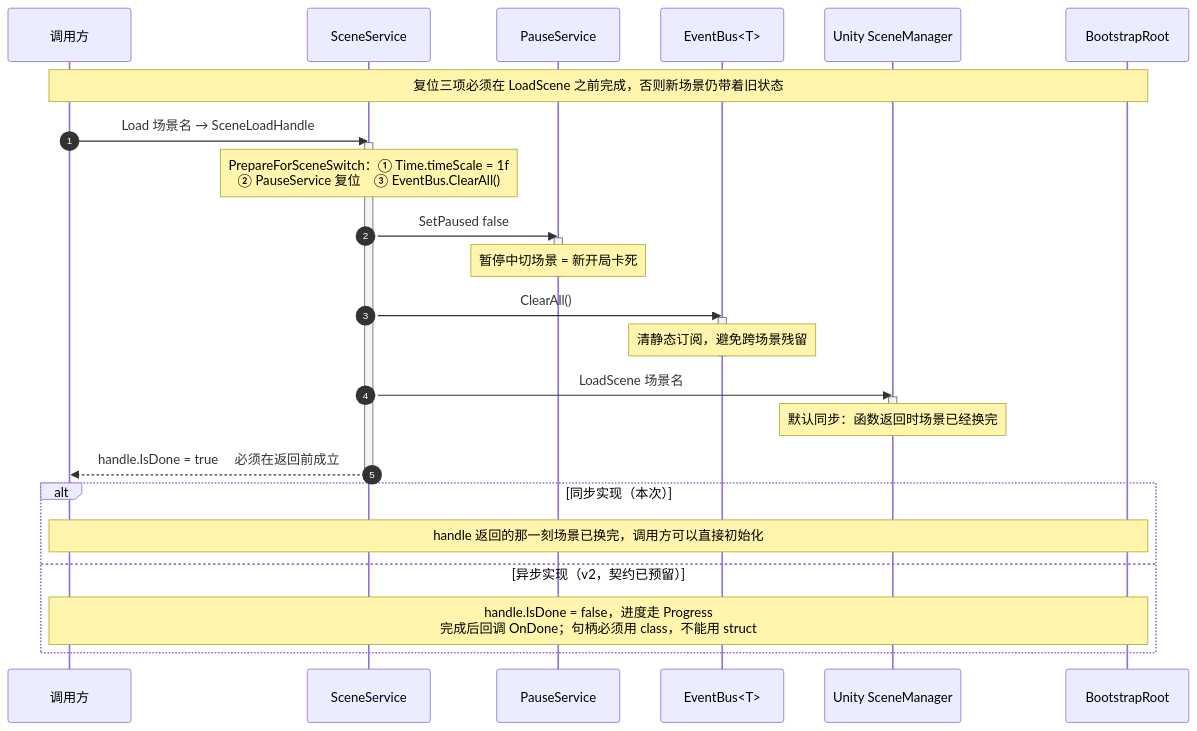
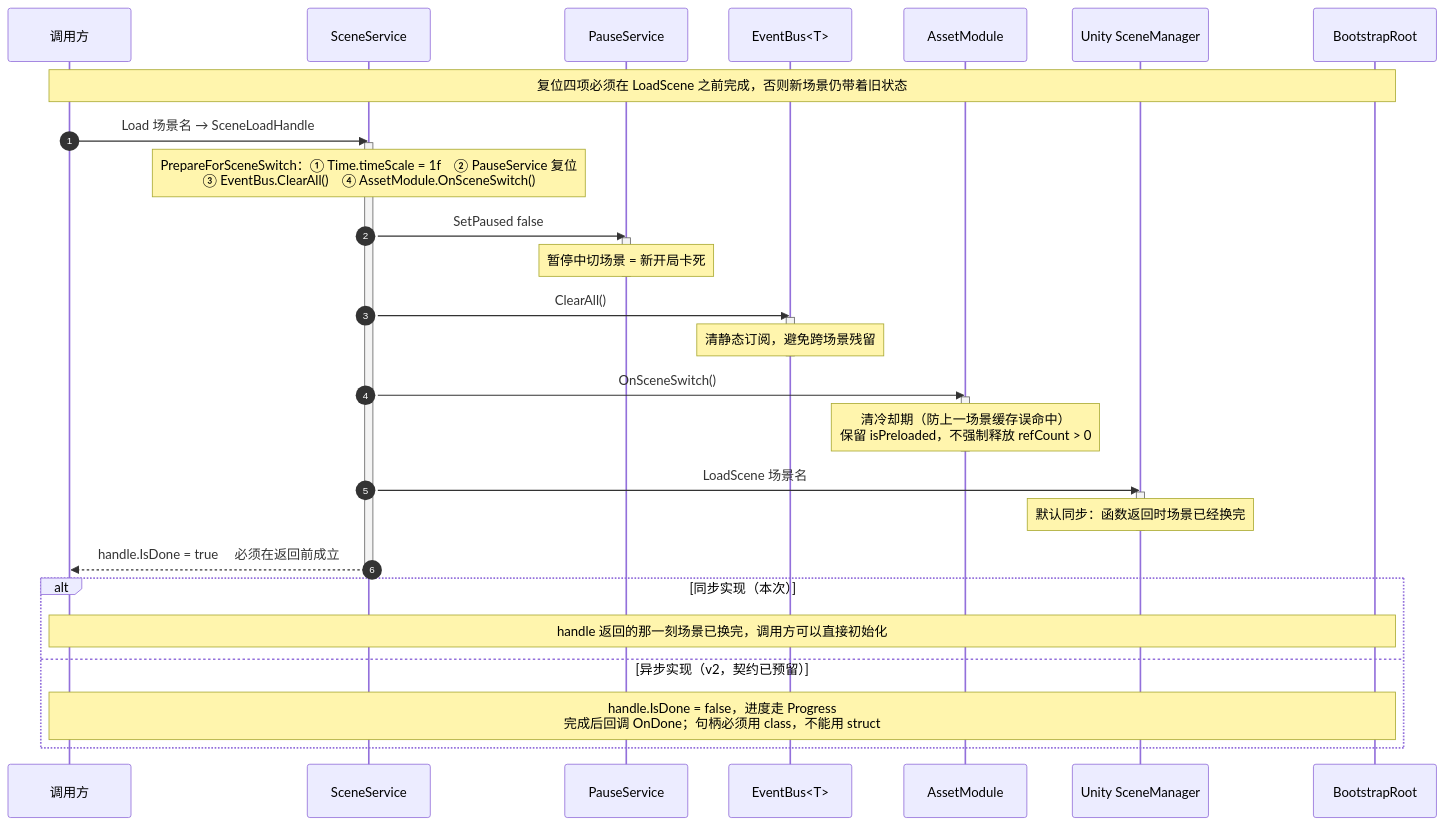
The diagram in Docs/框架设计/sources/05-scene-seq.mmd (5FYZhou/deepseaoil), drawn with Mermaid before and after one commit. The commit also changed 7 other files, not shown here.

First line of the commit message:
docs(framework): 蓝图并入 Data 层与总览，重写程序集/目录节

```diff
--- a/Docs/框架设计/sources/05-scene-seq.mmd
+++ b/Docs/框架设计/sources/05-scene-seq.mmd
@@ -1,37 +1,42 @@
 %% 图5｜切换场景｜回答：切场景前我漏了哪几项复位？
 %% 读法：时间轴自上而下；activate 区间 = 本次调用真正执行的代码范围；alt = 同步实现 / 异步实现两种形状。
-%% 维护：三项复位的顺序与内容改动时，同步改主文档「重要契约」的切场景一行。
+%% 维护：四项复位的顺序与内容改动时，同步改主文档「重要契约」的切场景一行。
 sequenceDiagram
   autonumber
   participant Caller as 调用方
   participant Scene as SceneService
   participant Pause as PauseService
   participant Bus as EventBus<T>
+  participant Asset as AssetModule
   participant SM as Unity SceneManager
   participant Root as BootstrapRoot
 
-  Note over Caller,Root: 复位三项必须在 LoadScene 之前完成，否则新场景仍带着旧状态
+  Note over Caller,Root: 复位四项必须在 LoadScene 之前完成，否则新场景仍带着旧状态
 
   Caller->>Scene: Load 场景名 → SceneLoadHandle
   activate Scene
-  Note over Scene: PrepareForSceneSwitch：① Time.timeScale = 1f<br/>② PauseService 复位　③ EventBus.ClearAll()
+  Note over Scene: PrepareForSceneSwitch：① Time.timeScale = 1f　② PauseService 复位<br/>③ EventBus.ClearAll()　④ AssetModule.OnSceneSwitch()
   Scene->>Pause: SetPaused false
   activate Pause
   Note over Pause: 暂停中切场景 = 新开局卡死
   deactivate Pause
   Scene->>Bus: ClearAll()
   activate Bus
   Note over Bus: 清静态订阅，避免跨场景残留
   deactivate Bus
+  Scene->>Asset: OnSceneSwitch()
+  activate Asset
+  Note over Asset: 清冷却期（防上一场景缓存误命中）<br/>保留 isPreloaded，不强制释放 refCount > 0
+  deactivate Asset
   Scene->>SM: LoadScene 场景名
   activate SM
   Note over SM: 默认同步：函数返回时场景已经换完
   deactivate SM
   Scene-->>Caller: handle.IsDone = true 　必须在返回前成立
   deactivate Scene
 
   alt 同步实现（本次）
     Note over Caller,Root: handle 返回的那一刻场景已换完，调用方可以直接初始化
   else 异步实现（v2，契约已预留）
     Note over Caller,Root: handle.IsDone = false，进度走 Progress<br/>完成后回调 OnDone；句柄必须用 class，不能用 struct
   end
```
